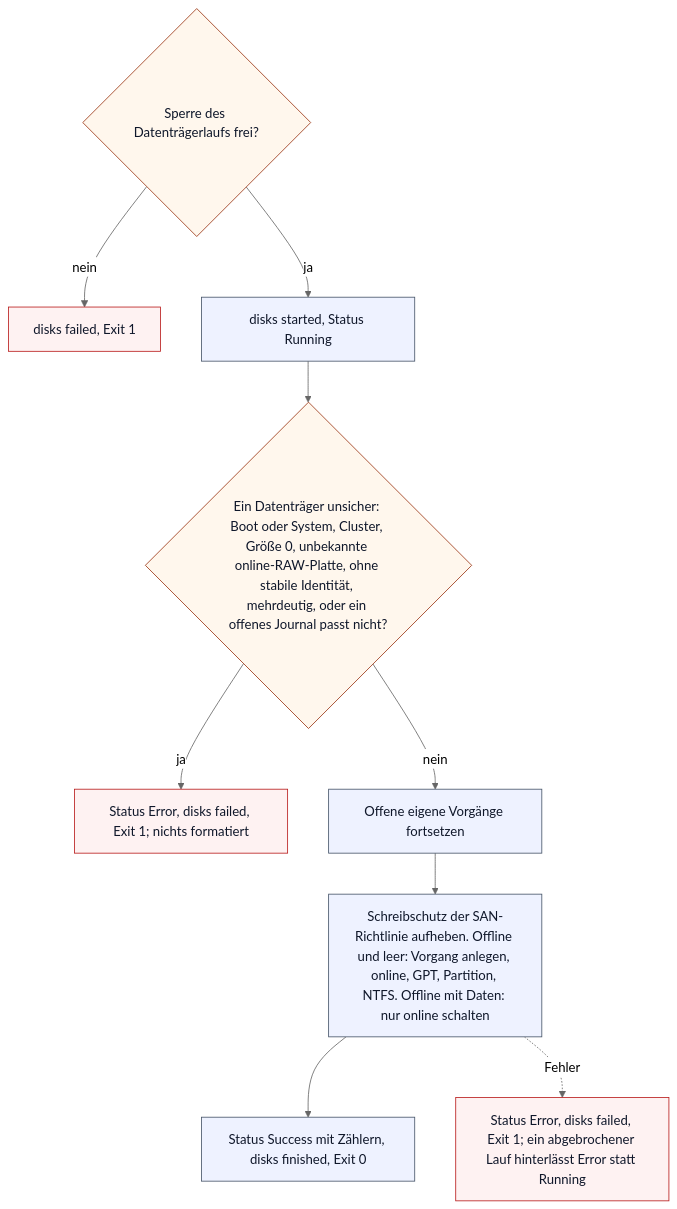
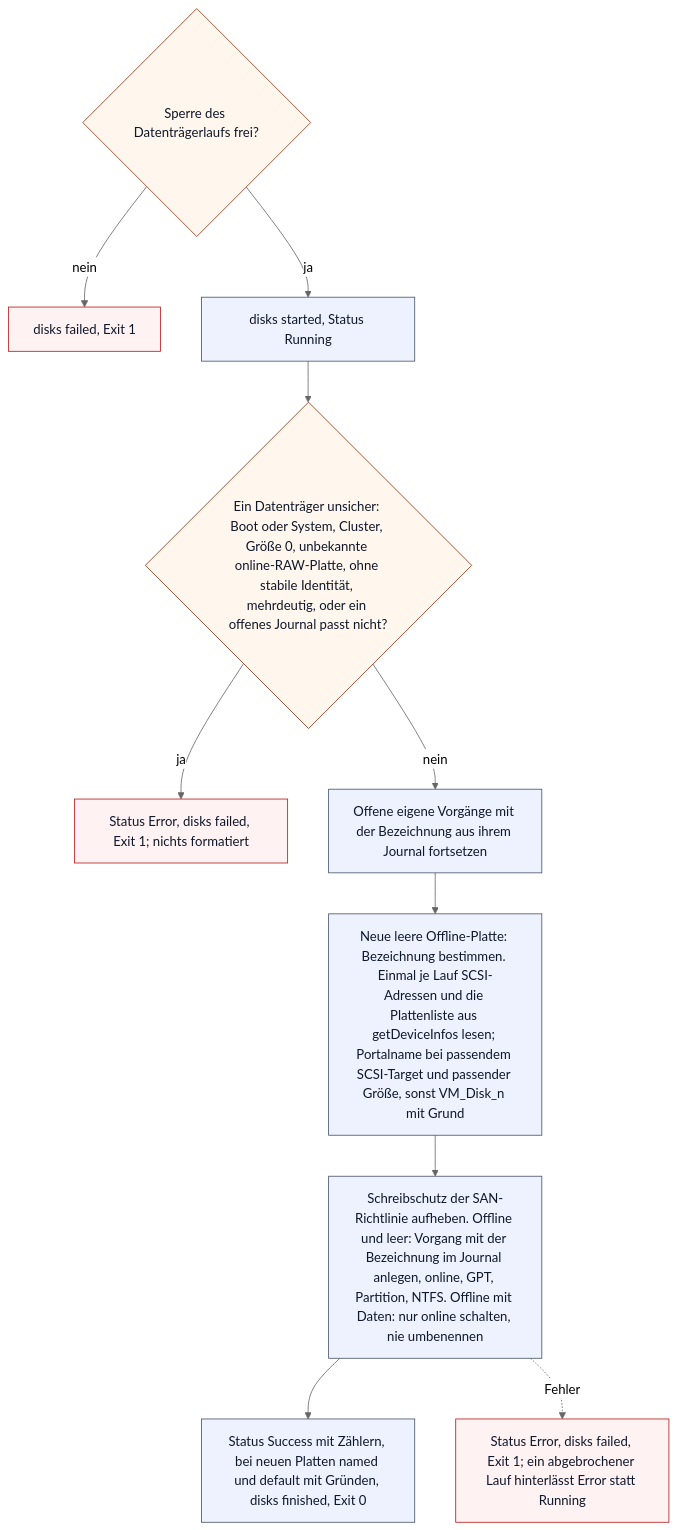
One commit to Samy94M/VirtuSphere-v2-WebApp changed the fourth of 7 diagrams in docs/operations/client-flows.md. Above: the diagram before and after it, drawn with Mermaid (neutral theme). The commit also changed other lines of this file and 18 other files, not shown here.

````diff
--- a/docs/operations/client-flows.md
+++ b/docs/operations/client-flows.md
@@ -87,17 +87,18 @@
 ```mermaid
 flowchart TD
     lock{"Sperre des Datenträgerlaufs frei?"} -->|nein| failed_lock["disks failed, Exit 1"]
     lock -->|ja| running["disks started, Status Running"]
     running --> blockers{"Ein Datenträger unsicher: Boot oder System, Cluster, Größe 0, unbekannte online-RAW-Platte, ohne stabile Identität, mehrdeutig, oder ein offenes Journal passt nicht?"}
     blockers -->|ja| failed_block["Status Error, disks failed, Exit 1; nichts formatiert"]
-    blockers -->|nein| resume["Offene eigene Vorgänge fortsetzen"]
-    resume --> offline["Schreibschutz der SAN-Richtlinie aufheben. Offline und leer: Vorgang anlegen, online, GPT, Partition, NTFS. Offline mit Daten: nur online schalten"]
-    offline --> success["Status Success mit Zählern, disks finished, Exit 0"]
+    blockers -->|nein| resume["Offene eigene Vorgänge mit der Bezeichnung aus ihrem Journal fortsetzen"]
+    resume --> label["Neue leere Offline-Platte: Bezeichnung bestimmen. Einmal je Lauf SCSI-Adressen und die Plattenliste aus getDeviceInfos lesen; Portalname bei passendem SCSI-Target und passender Größe, sonst VM_Disk_n mit Grund"]
+    label --> offline["Schreibschutz der SAN-Richtlinie aufheben. Offline und leer: Vorgang mit der Bezeichnung im Journal anlegen, online, GPT, Partition, NTFS. Offline mit Daten: nur online schalten, nie umbenennen"]
+    offline --> success["Status Success mit Zählern, bei neuen Platten named und default mit Gründen, disks finished, Exit 0"]
     offline -.->|Fehler| failed_run["Status Error, disks failed, Exit 1; ein abgebrochener Lauf hinterlässt Error statt Running"]
     classDef step fill:#eef2ff,stroke:#475569,color:#0f172a;
     classDef decision fill:#fff7ed,stroke:#9a3412,color:#0f172a;
     classDef blocked fill:#fef2f2,stroke:#b91c1c,color:#0f172a;
-    class running,resume,offline,success step;
+    class running,resume,label,offline,success step;
     class lock,blockers decision;
     class failed_lock,failed_block,failed_run blocked;
 ```
````
